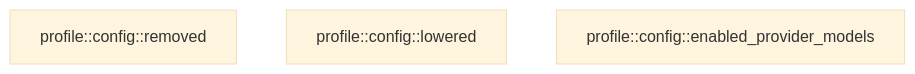
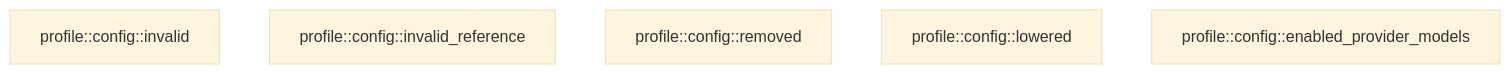
Before and after one commit to TekesApps/TekesKernel: the fifth of 5 diagrams in crates/profile/docs/generated/src--config.md, drawn with Mermaid (base theme). The commit also changed other lines of this file and 55 other files, not shown here.

````diff
--- a/crates/profile/docs/generated/src--config.md
+++ b/crates/profile/docs/generated/src--config.md
@@ -544,6 +547,8 @@
 ```mermaid
 flowchart TD
-  n0["profile::config::removed"]
-  n1["profile::config::lowered"]
-  n2["profile::config::enabled_provider_models"]
+  n0["profile::config::invalid"]
+  n1["profile::config::invalid_reference"]
+  n2["profile::config::removed"]
+  n3["profile::config::lowered"]
+  n4["profile::config::enabled_provider_models"]
 ```
````
